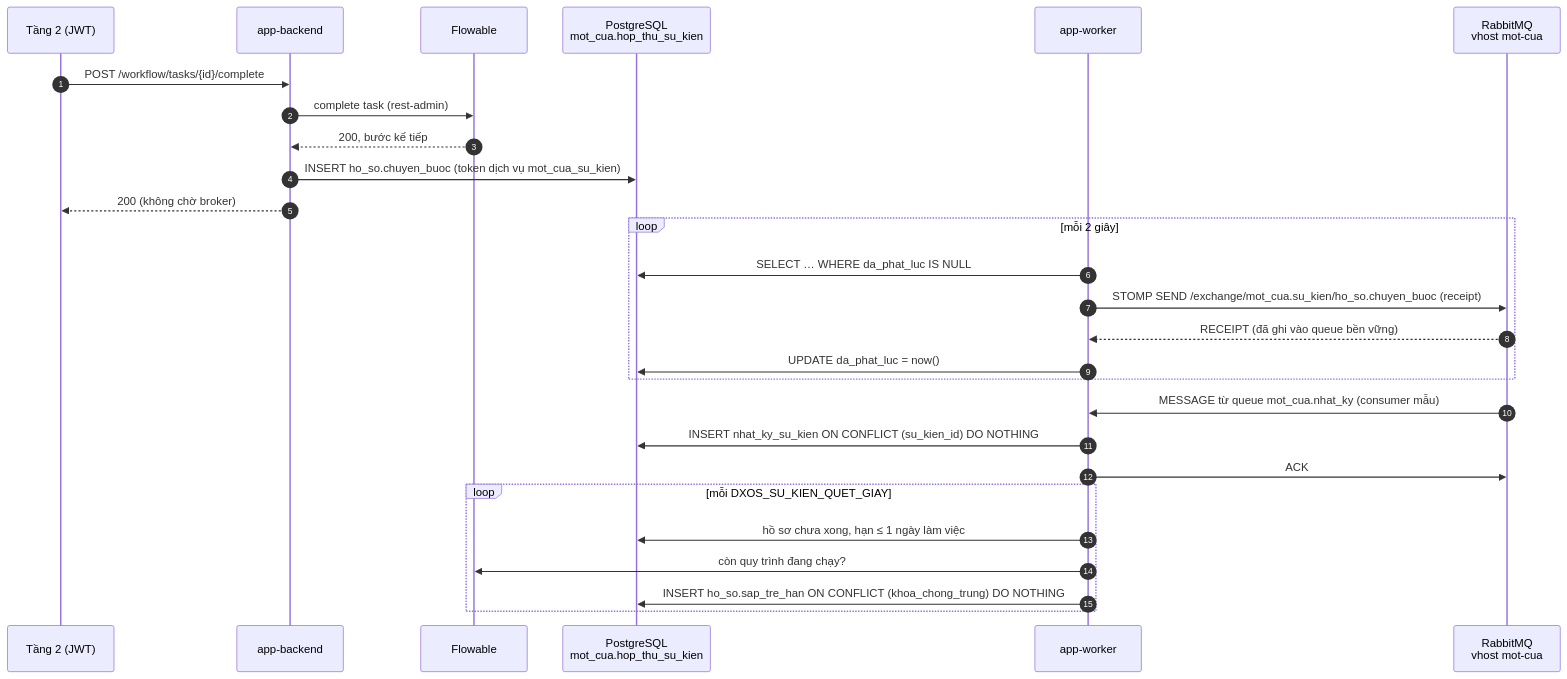
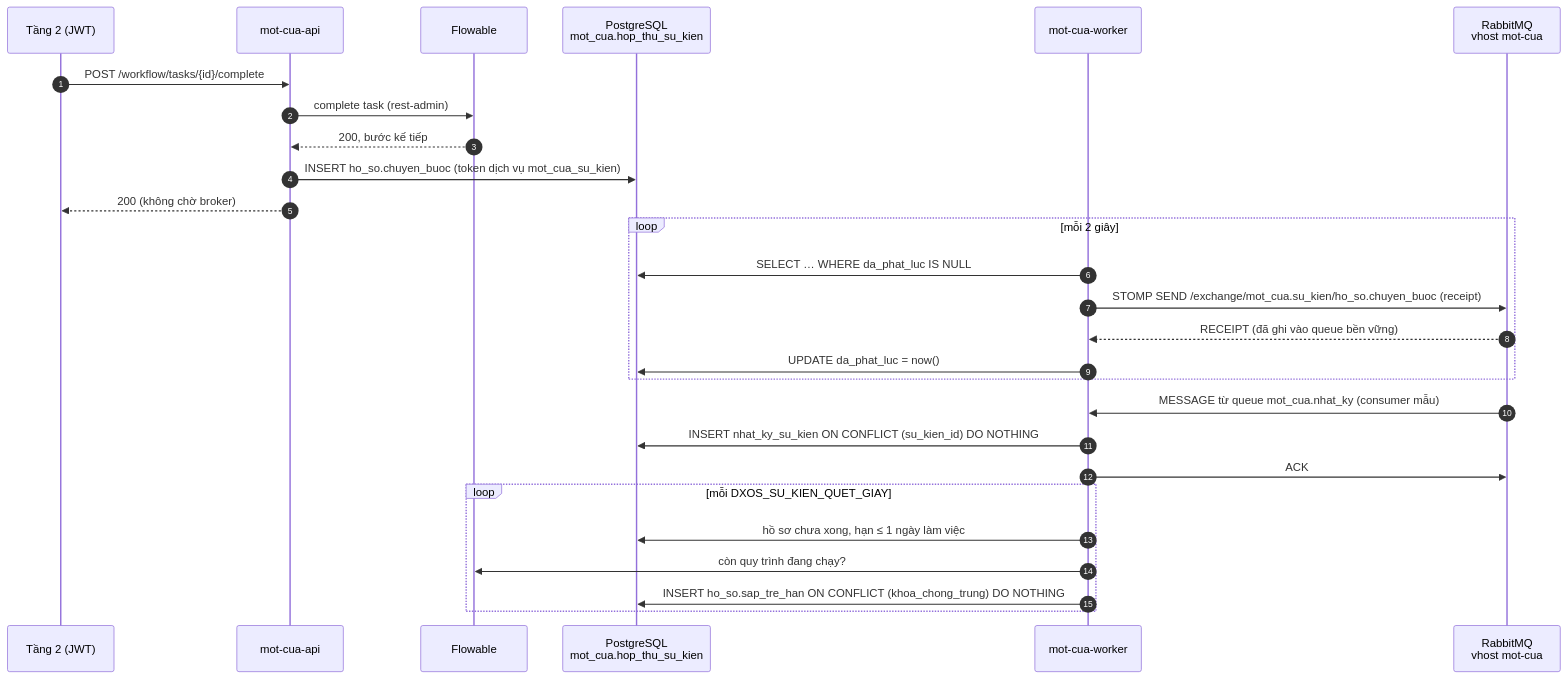
Before and after one commit to commune-dxos/commune-dxos: the seventh of 8 diagrams in docs/architecture.md, drawn with Mermaid. The commit also changed other lines of this file and 141 other files, not shown here.

First line of the commit message:
refactor(thu-tuc): mô hình gói thủ tục nen-tang/ + mot-cua/ + thu-tuc/ (#30)

````diff
--- a/docs/architecture.md
+++ b/docs/architecture.md
@@ -544,29 +554,29 @@
 ```mermaid
 sequenceDiagram
   autonumber
   participant App as Tầng 2 (JWT)
-  participant BE as app-backend
+  participant BE as mot-cua-api
   participant FL as Flowable
   participant PG as PostgreSQL<br/>mot_cua.hop_thu_su_kien
-  participant WK as app-worker
+  participant WK as mot-cua-worker
   participant MQ as RabbitMQ<br/>vhost mot-cua
   App->>BE: POST /workflow/tasks/{id}/complete
   BE->>FL: complete task (rest-admin)
   FL-->>BE: 200, bước kế tiếp
   BE->>PG: INSERT ho_so.chuyen_buoc (token dịch vụ mot_cua_su_kien)
   BE-->>App: 200 (không chờ broker)
   loop mỗi 2 giây
     WK->>PG: SELECT … WHERE da_phat_luc IS NULL
     WK->>MQ: STOMP SEND /exchange/mot_cua.su_kien/ho_so.chuyen_buoc (receipt)
     MQ-->>WK: RECEIPT (đã ghi vào queue bền vững)
     WK->>PG: UPDATE da_phat_luc = now()
   end
   MQ->>WK: MESSAGE từ queue mot_cua.nhat_ky (consumer mẫu)
   WK->>PG: INSERT nhat_ky_su_kien ON CONFLICT (su_kien_id) DO NOTHING
   WK->>MQ: ACK
   loop mỗi DXOS_SU_KIEN_QUET_GIAY
     WK->>PG: hồ sơ chưa xong, hạn ≤ 1 ngày làm việc
     WK->>FL: còn quy trình đang chạy?
     WK->>PG: INSERT ho_so.sap_tre_han ON CONFLICT (khoa_chong_trung) DO NOTHING
   end
 ```
````
